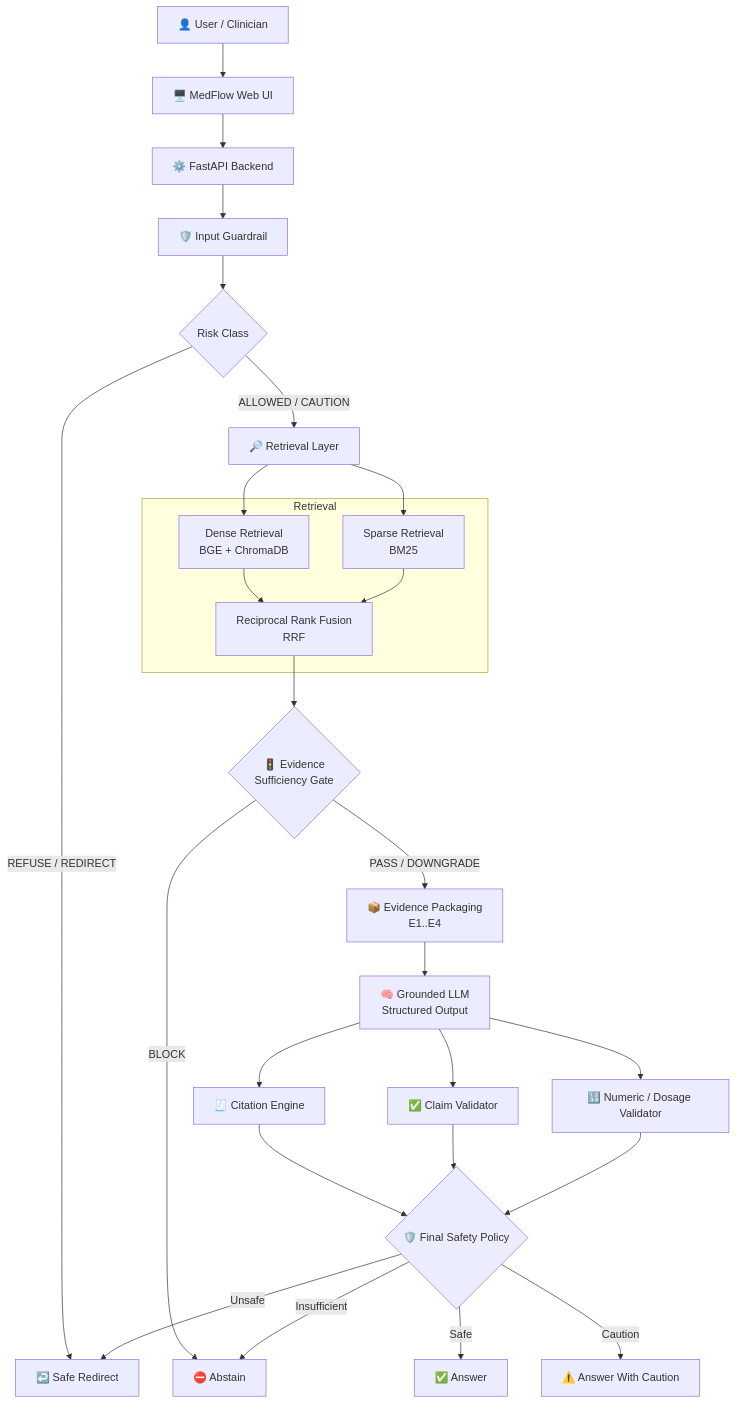
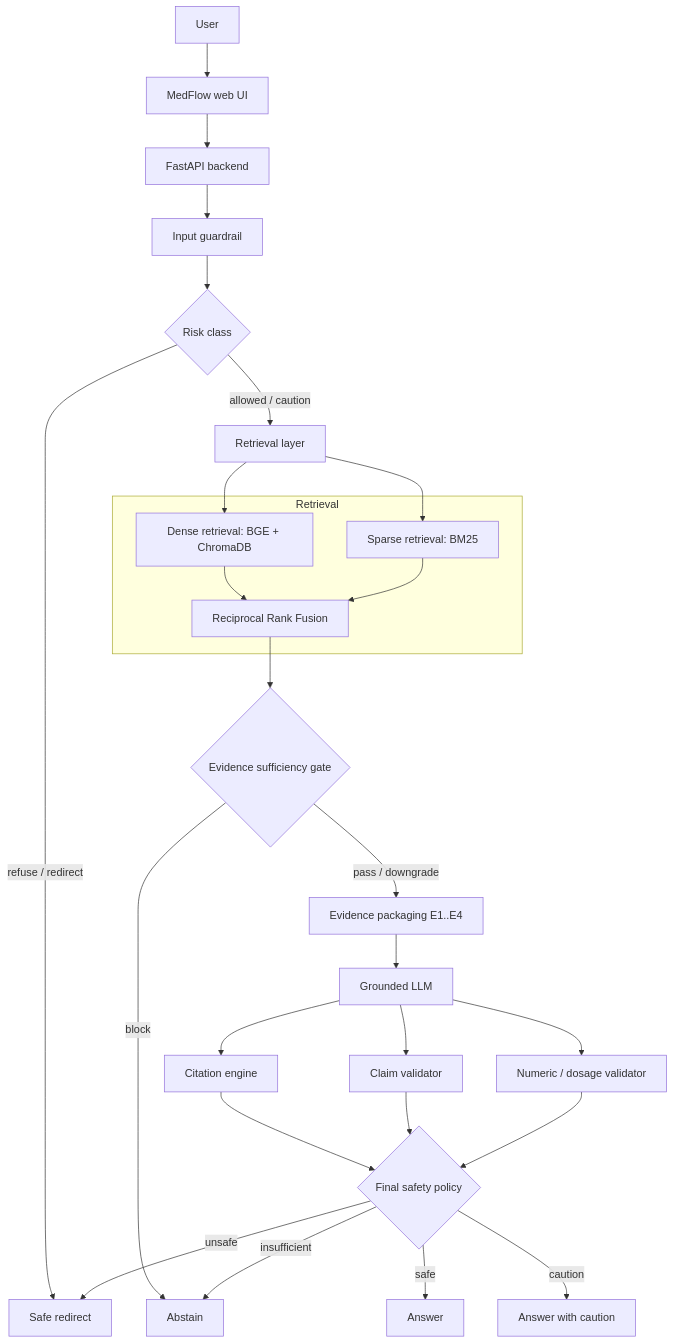
The second of 7 diagrams in README.md (AdhamElsayedAI/AdhamElsayedAI), drawn with Mermaid before and after one commit. The commit also changed other lines of this file, not shown here.

````diff
--- a/README.md
+++ b/README.md
@@ -139,34 +105,38 @@
 ```mermaid
 flowchart TB
-    U["👤 User / Clinician"] --> UI["🖥️ MedFlow Web UI"]
-    UI --> API["⚙️ FastAPI Backend"]
-    API --> GUARD["🛡️ Input Guardrail"]
-    GUARD --> RISK{"Risk Class"}
-    RISK -->|"REFUSE / REDIRECT"| SAFE["↩️ Safe Redirect"]
-    RISK -->|"ALLOWED / CAUTION"| RET["🔎 Retrieval Layer"]
+    U[User] --> UI[MedFlow web UI]
+    UI --> API[FastAPI backend]
+    API --> GUARD[Input guardrail]
+    GUARD --> RISK{Risk class}
+
+    RISK -->|refuse / redirect| SAFE[Safe redirect]
+    RISK -->|allowed / caution| RET[Retrieval layer]
 
     subgraph Retrieval
-      DENSE["Dense Retrieval\nBGE + ChromaDB"]
-      SPARSE["Sparse Retrieval\nBM25"]
-      FUSION["Reciprocal Rank Fusion\nRRF"]
+      DENSE[Dense retrieval: BGE + ChromaDB]
+      SPARSE[Sparse retrieval: BM25]
+      FUSION[Reciprocal Rank Fusion]
       DENSE --> FUSION
       SPARSE --> FUSION
     end
 
     RET --> DENSE
     RET --> SPARSE
-    FUSION --> GATE{"🚦 Evidence\nSufficiency Gate"}
-    GATE -->|"BLOCK"| ABSTAIN["⛔ Abstain"]
-    GATE -->|"PASS / DOWNGRADE"| PACK["📦 Evidence Packaging\nE1..E4"]
-    PACK --> LLM["🧠 Grounded LLM\nStructured Output"]
-    LLM --> CITE["🧾 Citation Engine"]
-    LLM --> CLAIM["✅ Claim Validator"]
-    LLM --> NUM["🔢 Numeric / Dosage Validator"]
-    CITE --> POLICY{"🛡️ Final Safety Policy"}
+    FUSION --> GATE{Evidence sufficiency gate}
+    GATE -->|block| ABSTAIN[Abstain]
+    GATE -->|pass / downgrade| PACK[Evidence packaging E1..E4]
+    PACK --> LLM[Grounded LLM]
+
+    LLM --> CITE[Citation engine]
+    LLM --> CLAIM[Claim validator]
+    LLM --> NUM[Numeric / dosage validator]
+
+    CITE --> POLICY{Final safety policy}
     CLAIM --> POLICY
     NUM --> POLICY
-    POLICY -->|"Safe"| ANSWER["✅ Answer"]
-    POLICY -->|"Caution"| CAUTION["⚠️ Answer With Caution"]
-    POLICY -->|"Insufficient"| ABSTAIN
-    POLICY -->|"Unsafe"| SAFE
+
+    POLICY -->|safe| ANSWER[Answer]
+    POLICY -->|caution| CAUTION[Answer with caution]
+    POLICY -->|insufficient| ABSTAIN
+    POLICY -->|unsafe| SAFE
 ```
````
